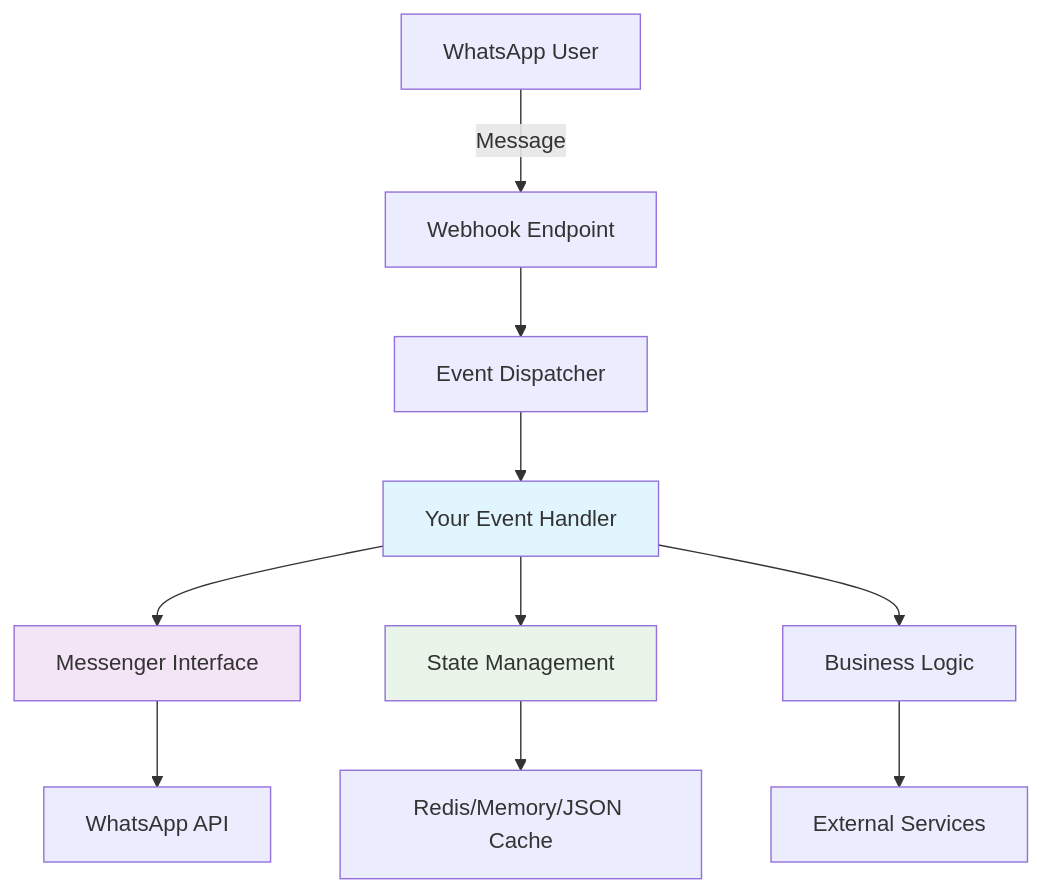
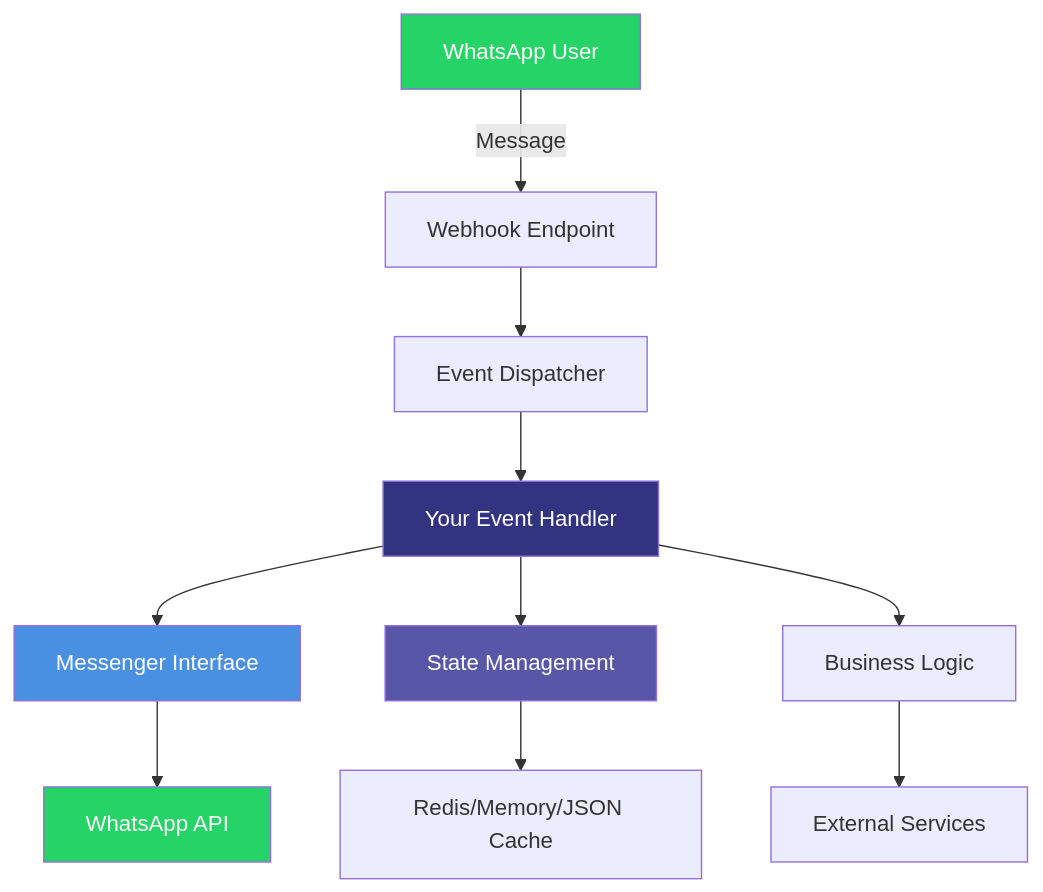
The diagram in docs/index.md (sashanclrp/wappa-docs), drawn with Mermaid before and after one commit. The commit also changed other lines of this file and 83 other files, not shown here.

````diff
--- a/docs/index.md
+++ b/docs/index.md
@@ -175,17 +183,19 @@
 ```mermaid
 graph TD
     A[WhatsApp User] -->|Message| B[Webhook Endpoint]
     B --> C[Event Dispatcher]
     C --> D[Your Event Handler]
     D --> E[Messenger Interface]
     E --> F[WhatsApp API]
     
     D --> G[State Management]
     D --> H[Business Logic]
     G --> I[Redis/Memory/JSON Cache]
     H --> J[External Services]
     
-    style D fill:#e1f5fe
-    style E fill:#f3e5f5
-    style G fill:#e8f5e8
+    style D fill:#333481,color:#fff
+    style E fill:#4A90E2,color:#fff
+    style G fill:#5856a6,color:#fff
+    style A fill:#25D366,color:#fff
+    style F fill:#25D366,color:#fff
 ```
````
